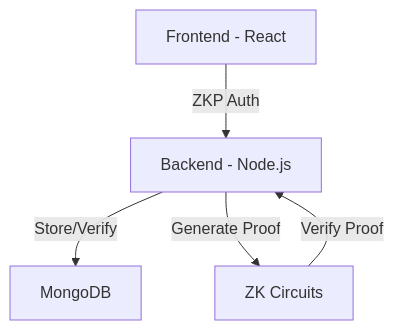
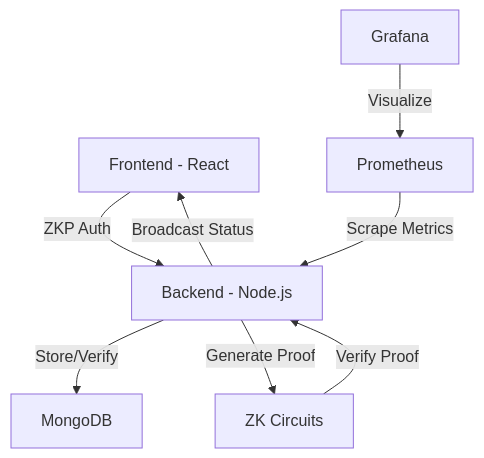
Before and after one commit to Nonzzo/zkp-auth-system: the diagram in README.md, drawn with Mermaid. The commit also changed other lines of this file and 41 other files, not shown here.

````diff
--- a/README.md
+++ b/README.md
@@ -16,7 +18,10 @@
 ```mermaid
 graph TD
     A[Frontend - React] -->|ZKP Auth| B[Backend - Node.js]
     B -->|Store/Verify| C[MongoDB]
     B -->|Generate Proof| D[ZK Circuits]
     D -->|Verify Proof| B
+    B -->|Broadcast Status| A
+    E[Prometheus] -->|Scrape Metrics| B
+    F[Grafana] -->|Visualize| E
 ```
````
